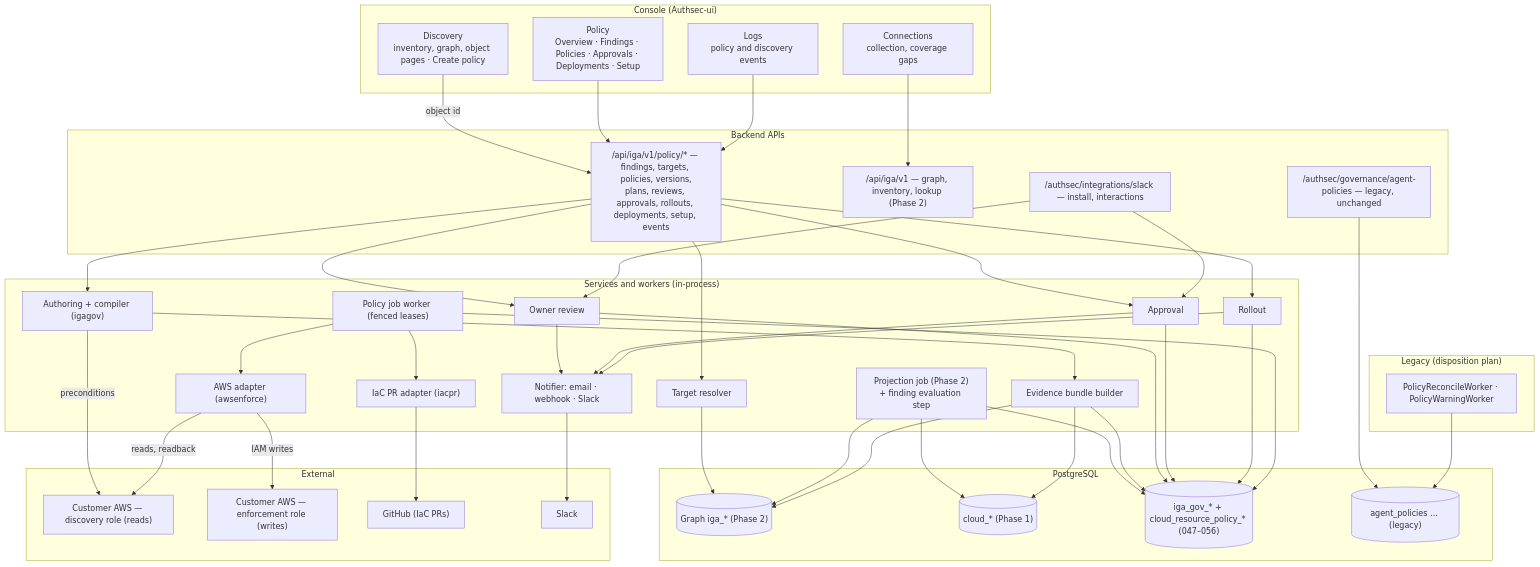
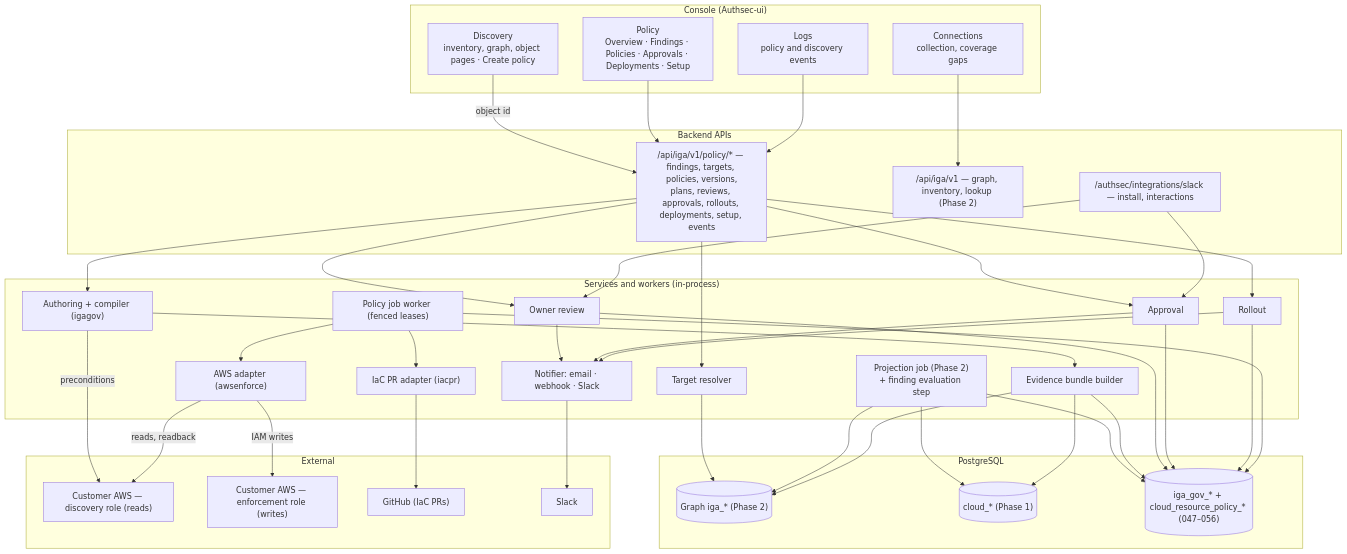
One commit to authsec-ai/authsec changed the first of 3 diagrams in .claude/specs/SPEC-iga-phase3-policy.md. Above: the diagram before and after it, drawn with Mermaid. The commit also changed other lines of this file and 82 other files, not shown here.

First line of the commit message:
wip: retire the legacy agent-policy feature; phase-3 recovery approval, accepted drift, author notices

````diff
--- a/.claude/specs/SPEC-iga-phase3-policy.md
+++ b/.claude/specs/SPEC-iga-phase3-policy.md
@@ -1163,68 +1164,60 @@
 ```mermaid
 flowchart TB
   subgraph UI["Console (Authsec-ui)"]
     CON["Connections<br/>collection, coverage gaps"]
     DIS["Discovery<br/>inventory, graph, object pages · Create policy"]
     POL["Policy<br/>Overview · Findings · Policies · Approvals · Deployments · Setup"]
     LOG["Logs<br/>policy and discovery events"]
   end
 
   subgraph API["Backend APIs"]
     PAPI["/api/iga/v1/policy/* — findings, targets, policies, versions,<br/>plans, reviews, approvals, rollouts, deployments, setup, events"]
     GAPI["/api/iga/v1 — graph, inventory, lookup (Phase 2)"]
     SLK["/authsec/integrations/slack — install, interactions"]
-    LEG["/authsec/governance/agent-policies — legacy, unchanged"]
   end
 
   subgraph SVC["Services and workers (in-process)"]
     PROJ["Projection job (Phase 2)<br/>+ finding evaluation step"]
     RES["Target resolver"]
     AUTH["Authoring + compiler (igagov)"]
     BUN["Evidence bundle builder"]
     OWN["Owner review"]
     APPR["Approval"]
     ROLL["Rollout"]
     JOB["Policy job worker (fenced leases)"]
     ADP["AWS adapter (awsenforce)"]
     IAC["IaC PR adapter (iacpr)"]
     NOTIF["Notifier: email · webhook · Slack"]
   end
 
-  subgraph LEGSVC["Legacy (disposition plan)"]
-    REC["PolicyReconcileWorker · PolicyWarningWorker"]
-  end
-
   subgraph DATA["PostgreSQL"]
     G[("Graph iga_* (Phase 2)")]
     RAW[("cloud_* (Phase 1)")]
     P3[("iga_gov_* + cloud_resource_policy_* (047–056)")]
-    AP[("agent_policies … (legacy)")]
   end
 
   subgraph EXT["External"]
     DROLE["Customer AWS — discovery role (reads)"]
     EROLE["Customer AWS — enforcement role (writes)"]
     GH["GitHub (IaC PRs)"]
     SLACK["Slack"]
   end
 
   DIS -->|object id| PAPI
   POL --> PAPI
   LOG --> PAPI
   CON --> GAPI
   PAPI --> RES & AUTH & OWN & APPR & ROLL
   RES --> G
   SLK --> APPR & OWN
   PROJ --> G & RAW & P3
   AUTH --> BUN
   BUN --> G & RAW & P3
   AUTH -->|preconditions| DROLE
   OWN & APPR & ROLL --> P3 & NOTIF
   JOB --> ADP & IAC & P3
   ADP -->|reads, readback| DROLE
   ADP -->|IAM writes| EROLE
   IAC --> GH
   NOTIF --> SLACK
-  LEG --> AP
-  REC --> AP
 ```
````
